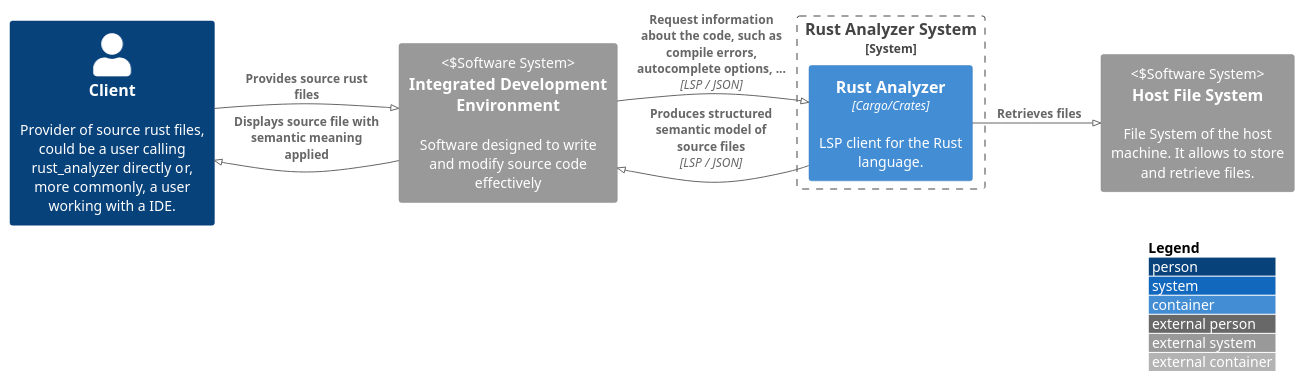
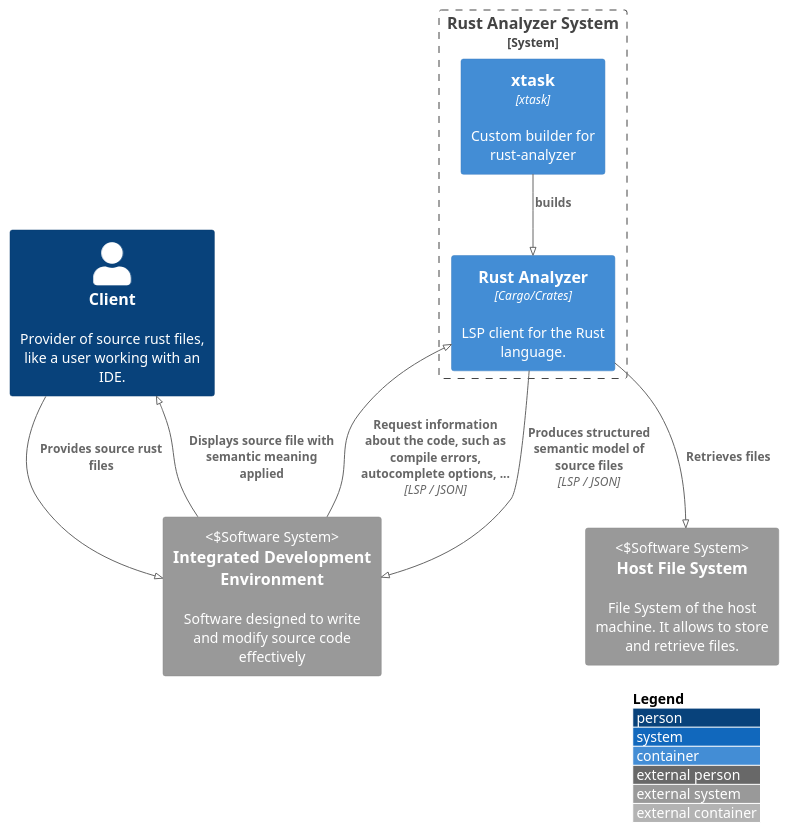
The diagram in src/diagrams/architecture/container.puml (SDATeam10/Project), drawn with PlantUML before and after one commit. The commit also changed 3 other files, not shown here.

Commit message:
fix: changed first two diagrams

```diff
--- a/src/diagrams/architecture/container.puml
+++ b/src/diagrams/architecture/container.puml
@@ -1,23 +1,24 @@
 @startuml
 !pragma layout smetana
 !include https://raw.githubusercontent.com/plantuml-stdlib/C4-PlantUML/master/C4_Container.puml
 
-left to right direction
 
 LAYOUT_WITH_LEGEND()
 
-Person(client, "Client", "Provider of source rust files, could be a user calling rust_analyzer directly or, more commonly, a user working with a IDE.")
+Person(client, "Client", "Provider of source rust files, like a user working with an IDE.")
 System_Ext(ide_ext, "Integrated Development Environment", "Software designed to write and modify source code effectively", "Software System")
 System_Ext(file_system, "Host File System", "File System of the host machine. It allows to store and retrieve files.", "Software System")
 
 System_Boundary(sb, "Rust Analyzer System", "SoftwareSystem"){
     Container(rustanalyzer, "Rust Analyzer", "Cargo/Crates", "LSP client for the Rust language.")
+    Container(xtask, "xtask", "xtask", "Custom builder for rust-analyzer")
 }
 
 Rel(client, ide_ext, "Provides source rust files")
 Rel(ide_ext, rustanalyzer, "Request information about the code, such as compile errors, autocomplete options, ...", "LSP / JSON")
 Rel(rustanalyzer, ide_ext, "Produces structured semantic model of source files", "LSP / JSON")
 Rel(ide_ext, client, "Displays source file with semantic meaning applied")
 Rel(rustanalyzer, file_system, "Retrieves files")
+Rel(xtask, rustanalyzer, "builds")
 
 @enduml
```
